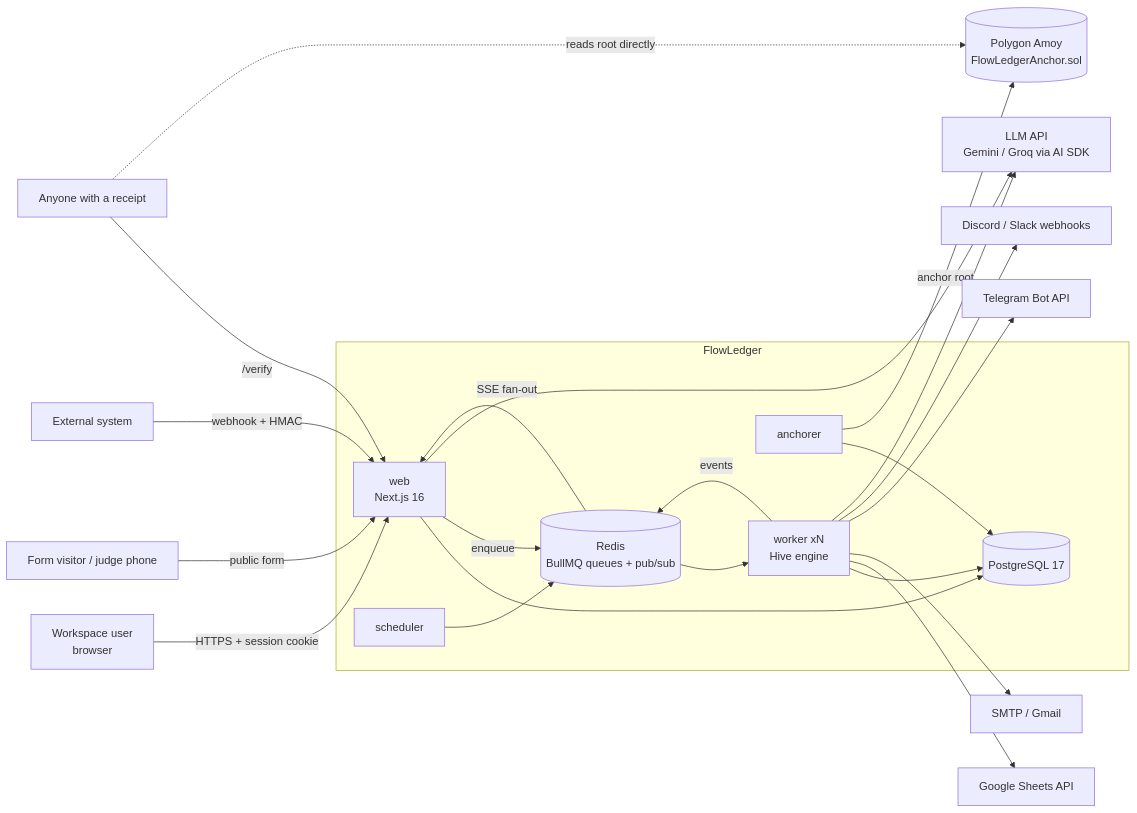
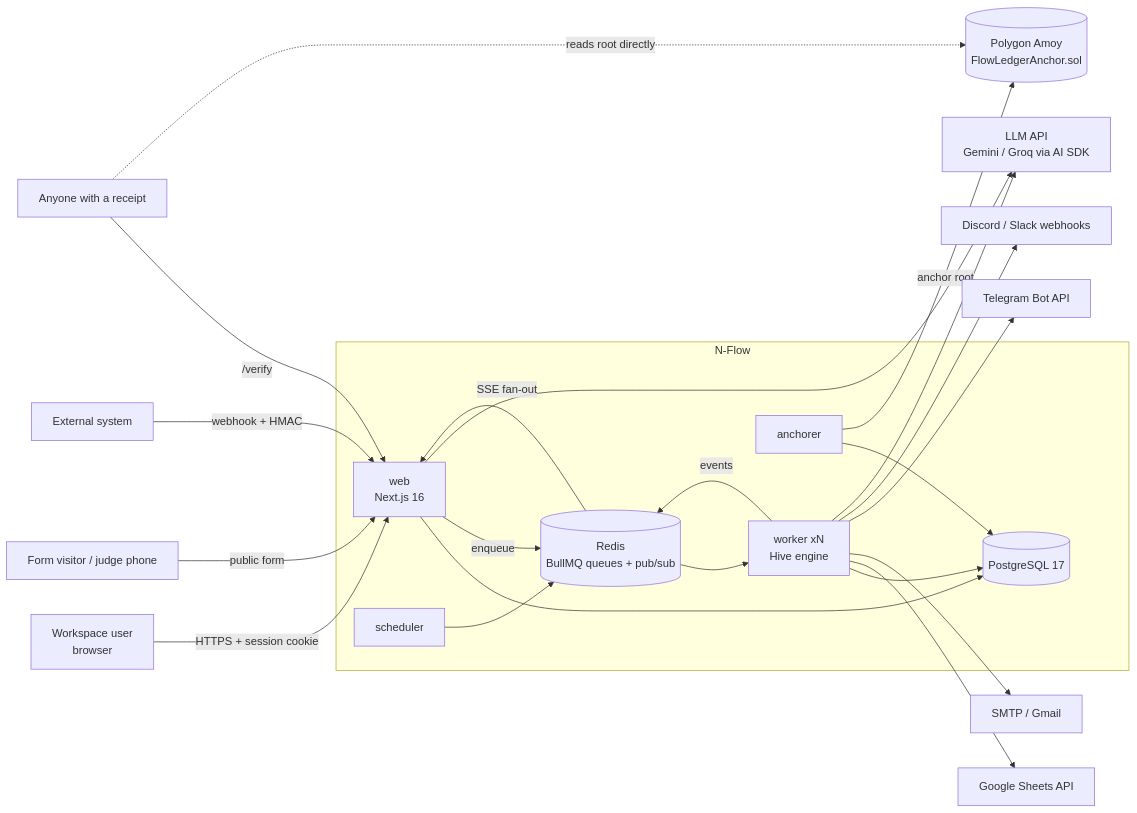
The first of 3 diagrams in docs/03_ARCHITECTURE.md (VarshithRao101/ai-thon), drawn with Mermaid before and after one commit. The commit also changed other lines of this file and 65 other files, not shown here.

First line of the commit message:
feat: host on Vercel + Neon with a serverless Hive; rename to N-Flow

````diff
--- a/docs/03_ARCHITECTURE.md
+++ b/docs/03_ARCHITECTURE.md
@@ -16,31 +16,31 @@
 ```mermaid
 flowchart LR
   U[Workspace user<br/>browser] -->|HTTPS + session cookie| WEB
   V[Form visitor / judge phone] -->|public form| WEB
   EXT[External system] -->|webhook + HMAC| WEB
   P[Anyone with a receipt] -->|/verify| WEB
   P -. reads root directly .-> CHAIN
-  subgraph FlowLedger
+  subgraph N-Flow
     WEB[web<br/>Next.js 16]
     Q[(Redis<br/>BullMQ queues + pub/sub)]
     W[worker xN<br/>Hive engine]
     S[scheduler]
     A[anchorer]
     DB[(PostgreSQL 17)]
   end
   WEB --> DB
   WEB -->|enqueue| Q
   Q --> W
   S --> Q
   W --> DB
   W -->|events| Q
   Q -->|SSE fan-out| WEB
   A --> DB
   A -->|anchor root| CHAIN[(Polygon Amoy<br/>FlowLedgerAnchor.sol)]
   W --> GS[Google Sheets API]
   W --> SMTP[SMTP / Gmail]
   W --> TG[Telegram Bot API]
   W --> DC[Discord / Slack webhooks]
   W --> LLM[LLM API<br/>Gemini / Groq via AI SDK]
   WEB --> LLM
 ```
````
